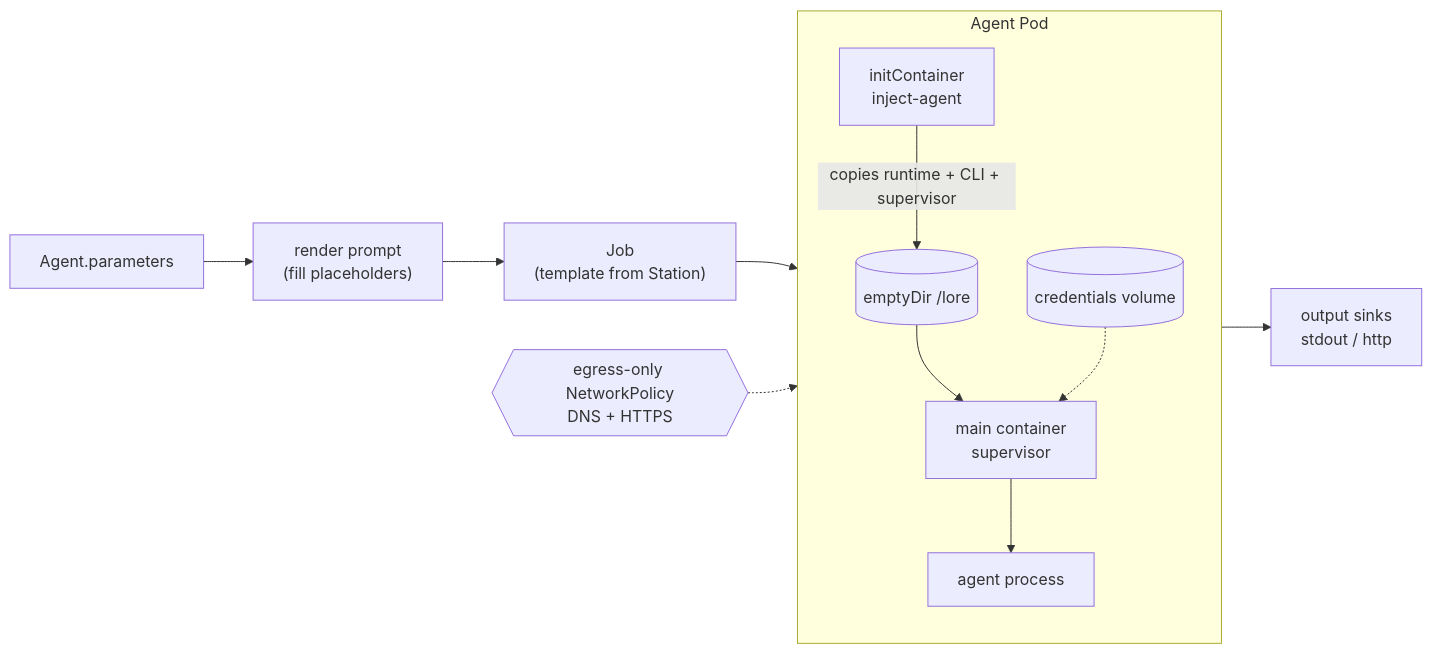
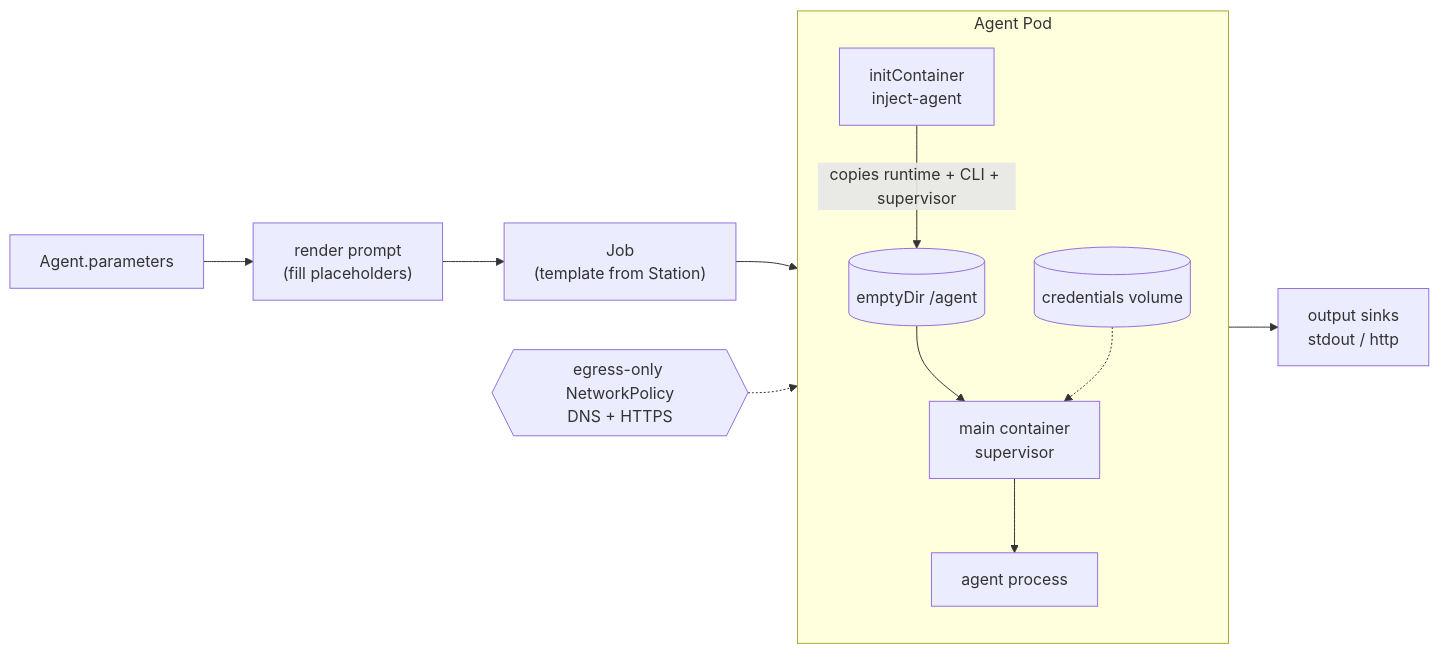
Before and after one commit to re-cinq/ai-agent-subsystem: the second of 2 diagrams in website/src/content/docs/concepts/relationships.md, drawn with Mermaid. The commit also changed other lines of this file and 22 other files, not shown here.

First line of the commit message:
feat: neutral AGENT_* run contract, runnable examples, init memory headroom

````diff
--- a/website/src/content/docs/concepts/relationships.md
+++ b/website/src/content/docs/concepts/relationships.md
@@ -72,17 +72,17 @@
 ```mermaid
 flowchart LR
     PARM["Agent.parameters"] --> RENDER["render prompt<br/>(fill placeholders)"]
     RENDER --> JOB["Job<br/>(template from Station)"]
 
     subgraph POD["Agent Pod"]
         direction TB
-        INIT["initContainer<br/>inject-agent"] -->|copies runtime + CLI + supervisor| VOL[("emptyDir /lore")]
+        INIT["initContainer<br/>inject-agent"] -->|copies runtime + CLI + supervisor| VOL[("emptyDir /agent")]
         VOL --> SUP["main container<br/>supervisor"]
         SUP --> PROC["agent process"]
         CREDS[("credentials volume")] -.-> SUP
     end
 
     JOB --> POD
     PROC --> SINK["output sinks<br/>stdout / http"]
     NETPOL{{"egress-only NetworkPolicy<br/>DNS + HTTPS"}} -.-> POD
 ```
````
